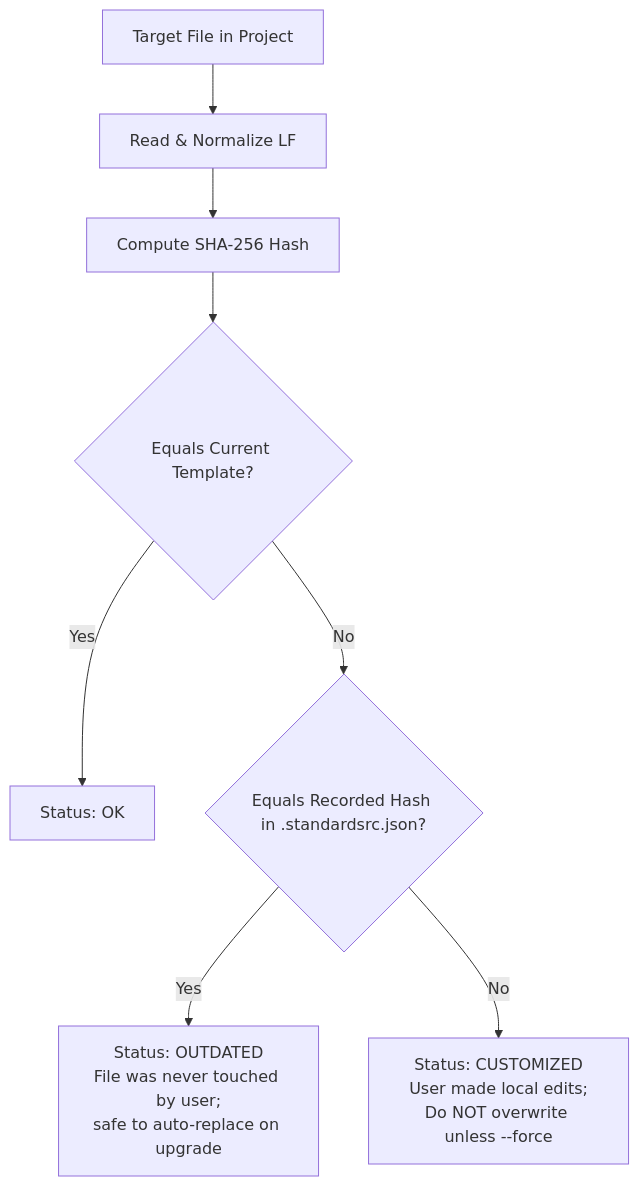
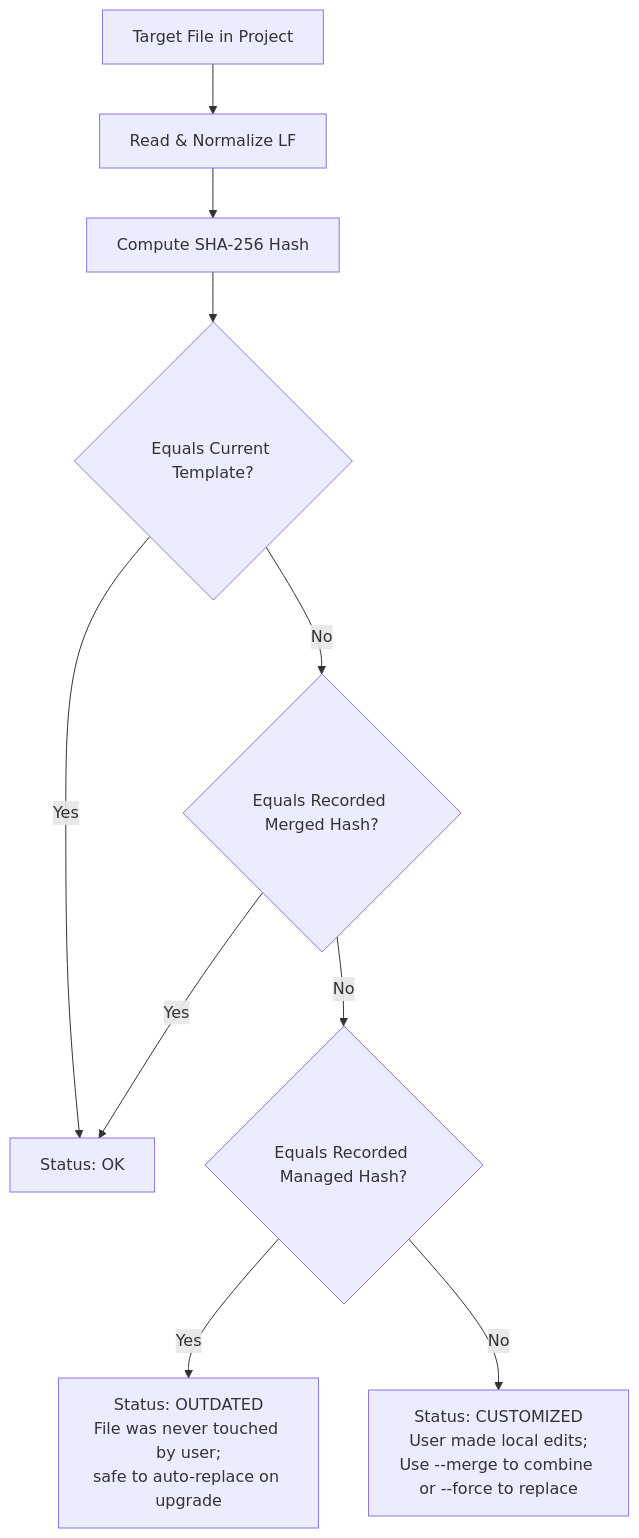
One commit to oneup4real/engineering-standards changed the sixth of 6 diagrams in README.md. Above: the diagram before and after it, drawn with Mermaid. The commit also changed other lines of this file and 8 other files, not shown here.

First line of the commit message:
feat: implement smart non-destructive merge for customized configurations

````diff
--- a/README.md
+++ b/README.md
@@ -525,12 +530,15 @@
 ```mermaid
 flowchart TD
     File[Target File in Project] --> Read[Read & Normalize LF]
     Read --> Hash[Compute SHA-256 Hash]
     
     Hash --> CompareTemplate{Equals Current Template?}
     CompareTemplate -->|Yes| OK[Status: OK]
-    CompareTemplate -->|No| CompareRecorded{Equals Recorded Hash in .standardsrc.json?}
+    CompareTemplate -->|No| CompareMerged{Equals Recorded Merged Hash?}
+    
+    CompareMerged -->|Yes| OK
+    CompareMerged -->|No| CompareRecorded{Equals Recorded Managed Hash?}
     
     CompareRecorded -->|Yes| Outdated[Status: OUTDATED\nFile was never touched by user;\nsafe to auto-replace on upgrade]
-    CompareRecorded -->|No| Customized[Status: CUSTOMIZED\nUser made local edits;\nDo NOT overwrite unless --force]
+    CompareRecorded -->|No| Customized[Status: CUSTOMIZED\nUser made local edits;\nUse --merge to combine or --force to replace]
 ```
````
